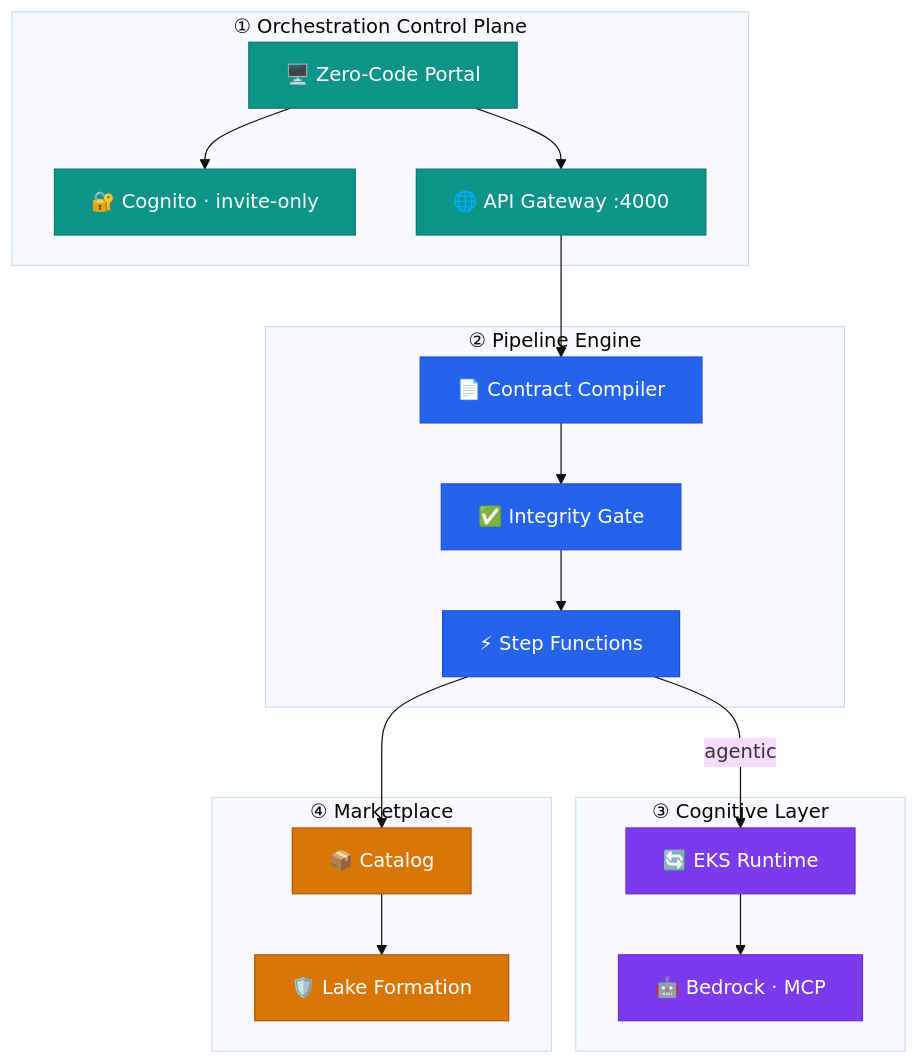
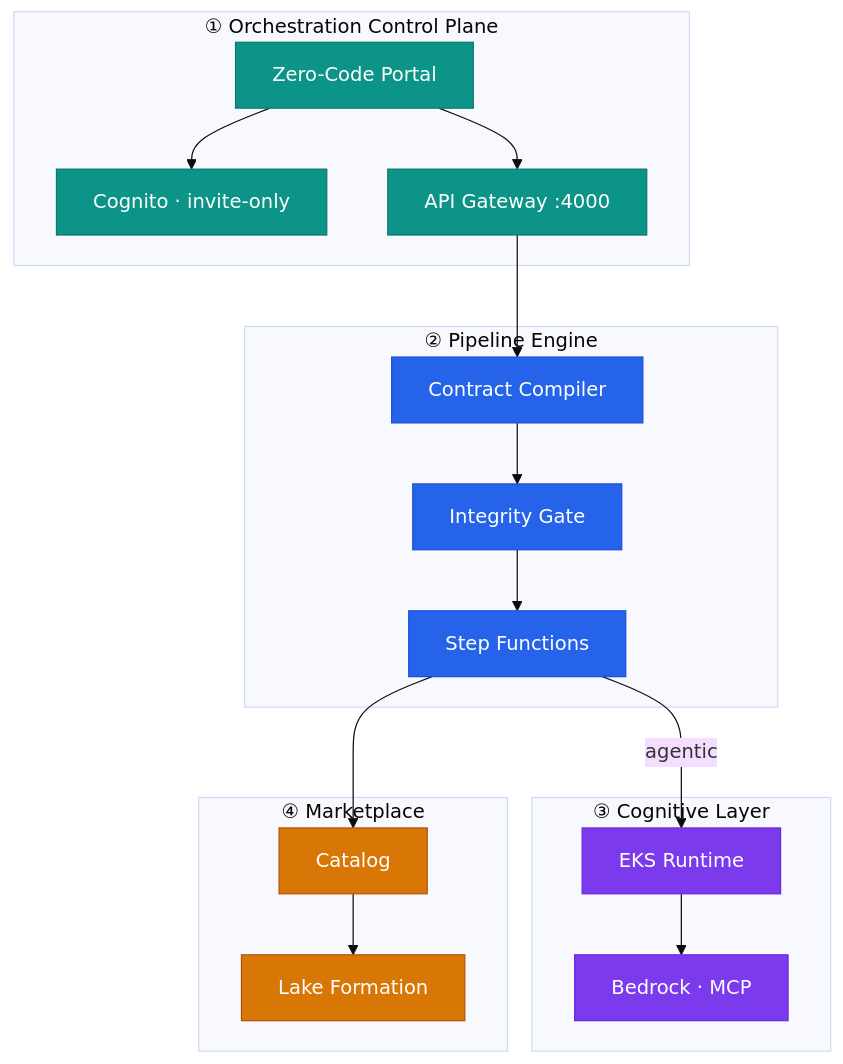
The first of 6 diagrams in README.md (vaquarkhan/CogniMesh), drawn with Mermaid (base theme) before and after one commit. The commit also changed other lines of this file and 48 other files, not shown here.

````diff
--- a/README.md
+++ b/README.md
@@ -340,39 +340,39 @@
 ```mermaid
 flowchart TB
     classDef control fill:#0d9488,stroke:#0f766e,color:#fff
     classDef engine fill:#2563eb,stroke:#1d4ed8,color:#fff
     classDef cognitive fill:#7c3aed,stroke:#6d28d9,color:#fff
     classDef market fill:#d97706,stroke:#b45309,color:#fff
 
     subgraph CP["① Orchestration Control Plane"]
-        Portal["🖥️ Zero-Code Portal"]
-        Cognito["🔐 Cognito · invite-only"]
-        GW["🌐 API Gateway :4000"]
+        Portal["Zero-Code Portal"]
+        Cognito["Cognito · invite-only"]
+        GW["API Gateway :4000"]
         Portal --> Cognito & GW
     end
 
     subgraph PE["② Pipeline Engine"]
-        Compiler["📄 Contract Compiler"]
-        Gate["✅ Integrity Gate"]
-        SFN["⚡ Step Functions"]
+        Compiler["Contract Compiler"]
+        Gate["Integrity Gate"]
+        SFN["Step Functions"]
         GW --> Compiler --> Gate --> SFN
     end
 
     subgraph CL["③ Cognitive Layer"]
-        RT["🔄 EKS Runtime"]
-        Agent["🤖 Bedrock · MCP"]
+        RT["EKS Runtime"]
+        Agent["Bedrock · MCP"]
         SFN -->|"agentic"| RT --> Agent
     end
 
     subgraph MG["④ Marketplace"]
-        Cat["📦 Catalog"]
-        LF["🛡️ Lake Formation"]
+        Cat["Catalog"]
+        LF["Lake Formation"]
         Cat --> LF
     end
 
     SFN --> Cat
     class Portal,Cognito,GW control
     class Compiler,Gate,SFN engine
     class RT,Agent cognitive
     class Cat,LF market
 ```
````
